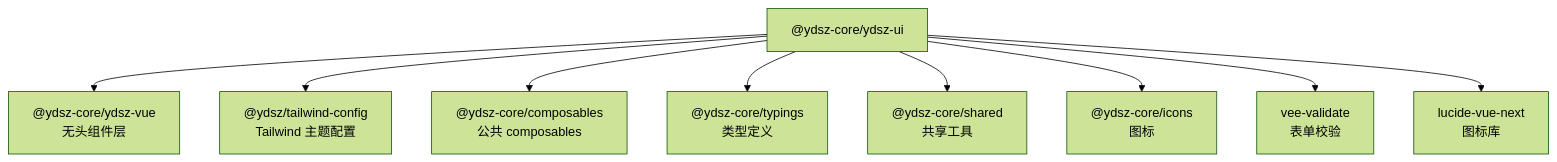
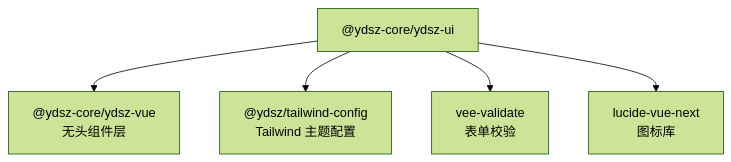
One commit to njydsz/ydsz-micro changed the diagram in apps/docs-site/ui-kit/ydsz-ui/index.md. Above: the diagram before and after it, drawn with Mermaid (forest theme). The commit also changed other lines of this file and 268 other files, not shown here.

````diff
--- a/apps/docs-site/ui-kit/ydsz-ui/index.md
+++ b/apps/docs-site/ui-kit/ydsz-ui/index.md
@@ -271,11 +187,7 @@
 ```mermaid
 graph TD
     YU["@ydsz-core/ydsz-ui"] --> YV["@ydsz-core/ydsz-vue<br/>无头组件层"]
     YU --> TWC["@ydsz/tailwind-config<br/>Tailwind 主题配置"]
-    YU --> CC["@ydsz-core/composables<br/>公共 composables"]
-    YU --> TY["@ydsz-core/typings<br/>类型定义"]
-    YU --> SH["@ydsz-core/shared<br/>共享工具"]
-    YU --> IC["@ydsz-core/icons<br/>图标"]
     YU --> V["vee-validate<br/>表单校验"]
     YU --> L["lucide-vue-next<br/>图标库"]
 ```
````
